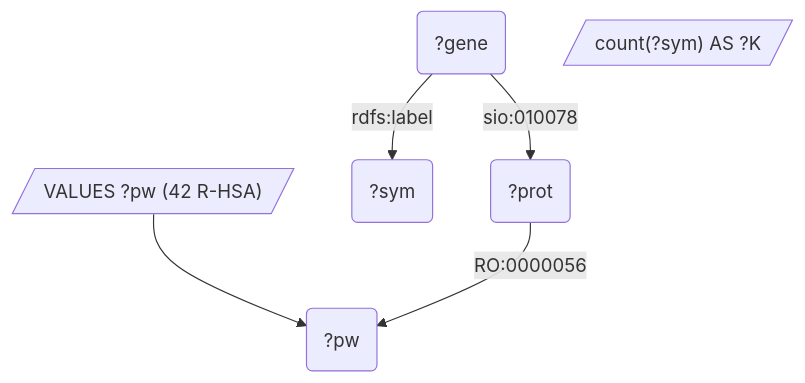
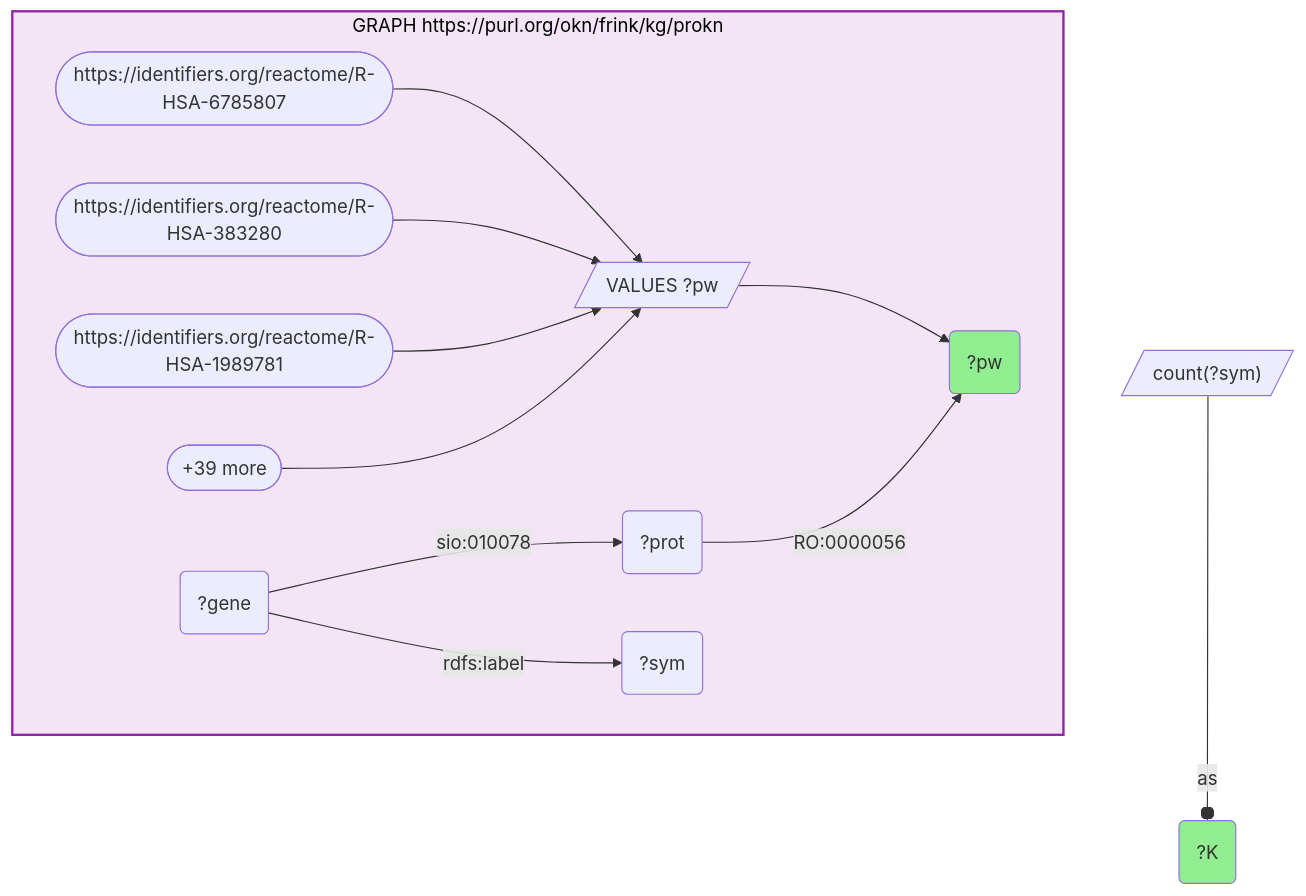
Before and after one commit to sbl-sdsc/mcp-okn: diagram 11 of 16 in docs/examples/Bisphenol-Exposome/Bisphenol-Exposome_reproducibility.md, drawn with Mermaid. The commit also changed other lines of this file and 2 other files, not shown here.

First line of the commit message:
fix(examples): restore KG boxes in Bisphenol-Exposome reproducibility diagrams

````diff
--- a/docs/examples/Bisphenol-Exposome/Bisphenol-Exposome_reproducibility.md
+++ b/docs/examples/Bisphenol-Exposome/Bisphenol-Exposome_reproducibility.md
@@ -390,8 +604,29 @@
 ```mermaid
 graph TD
-  q11bind[/"VALUES ?pw (42 R-HSA)"/] --> v2("?pw")
-  q11v5("?gene") --"rdfs:label"--> v7("?sym")
-  q11v5 --"sio:010078"--> v6("?prot")
-  v6 --"RO:0000056"--> v2
-  q11cnt[/"count(?sym) AS ?K"/]
+classDef projected fill:lightgreen;
+classDef literal fill:orange;
+classDef iri fill:yellow;
+  q11v1("?K"):::projected 
+  q11v5("?gene")
+  q11v6("?prot")
+  q11v2("?pw"):::projected 
+  q11v7("?sym")
+  subgraph q11graph0["GRAPH https://purl.org/okn/frink/kg/prokn"]
+    style q11graph0 fill:#f3e5f5,stroke:#8e24aa,stroke-width:2px,color:#000;
+    q11graph0bind0[/"VALUES ?pw"/]
+    q11graph0bind0-->q11v2
+    q11graph0bind00(["https://identifiers.org/reactome/R-HSA-6785807"])
+    q11graph0bind00 --> q11graph0bind0
+    q11graph0bind01(["https://identifiers.org/reactome/R-HSA-383280"])
+    q11graph0bind01 --> q11graph0bind0
+    q11graph0bind02(["https://identifiers.org/reactome/R-HSA-1989781"])
+    q11graph0bind02 --> q11graph0bind0
+    q11graph0bind0more([+39 more])
+    q11graph0bind0more --> q11graph0bind0
+    q11v5 --"sio:010078"--> q11v6
+    q11v5 --"rdfs:label"--> q11v7
+    q11v6 --"RO:0000056"--> q11v2
+  end
+  q11bind1[/"count(?sym)"/]
+  q11bind1 --as--o q11v1
 ```
````
